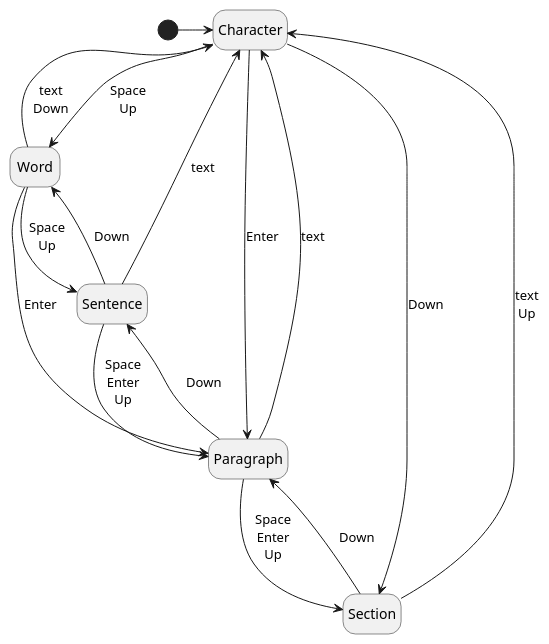
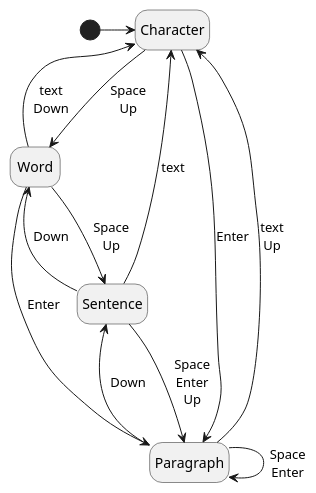
One commit to xanni/jotty changed the diagram in README.md. Above: the diagram before and after it, drawn with PlantUML. The commit also changed other lines of this file and 9 other files, not shown here.

````diff
--- a/README.md
+++ b/README.md
@@ -153,20 +173,17 @@
 ```plantuml
 @startuml
 hide empty description
 [*] -> Character
 Character --> Word : Space\nUp
-Character -> Section : Down
 Character -> Paragraph : Enter
 Word -> Character : text\nDown
 Word --> Sentence : Space\nUp
 Word -> Paragraph : Enter
 Sentence -> Character : text
 Sentence -> Word : Down
 Sentence --> Paragraph : Space\nEnter\nUp
-Paragraph -> Character : text
+Paragraph -> Character : text\nUp
 Paragraph -> Sentence : Down
-Paragraph --> Section : Space\nEnter\nUp
-Section -> Paragraph : Down
-Section -> Character : text\nUp
+Paragraph --> Paragraph : Space\nEnter
 @enduml
 ```
````
